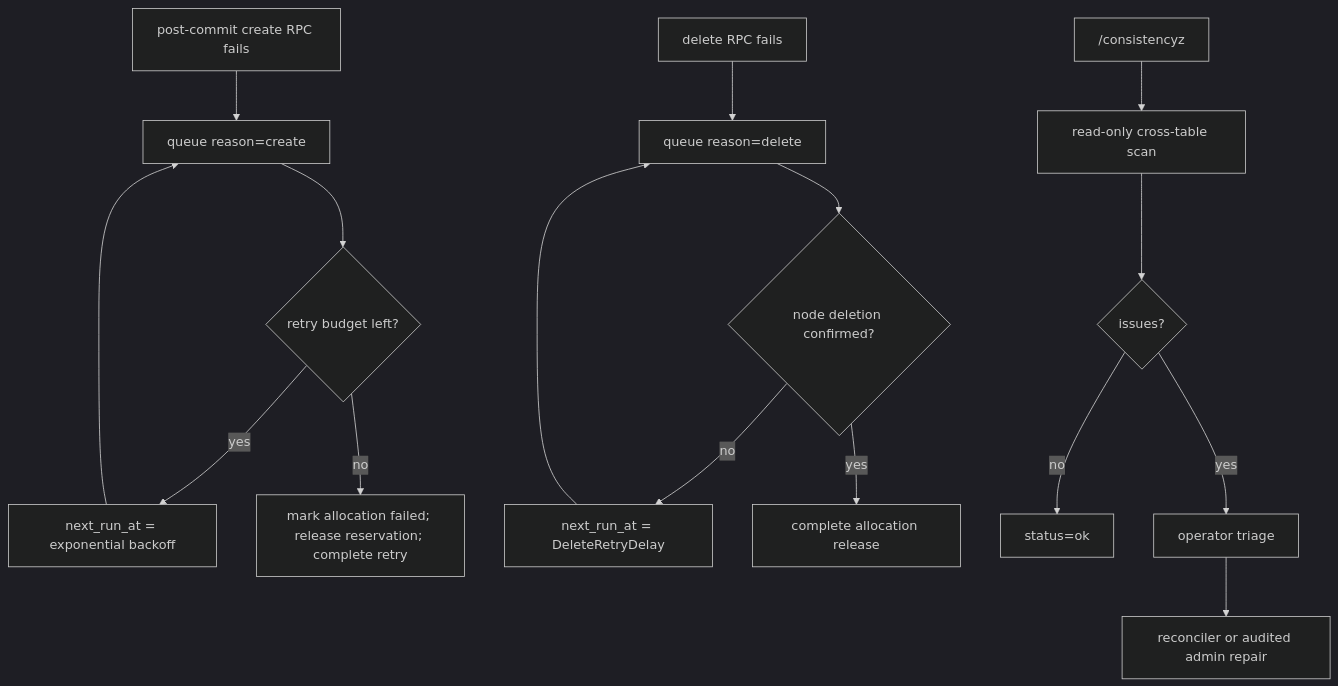
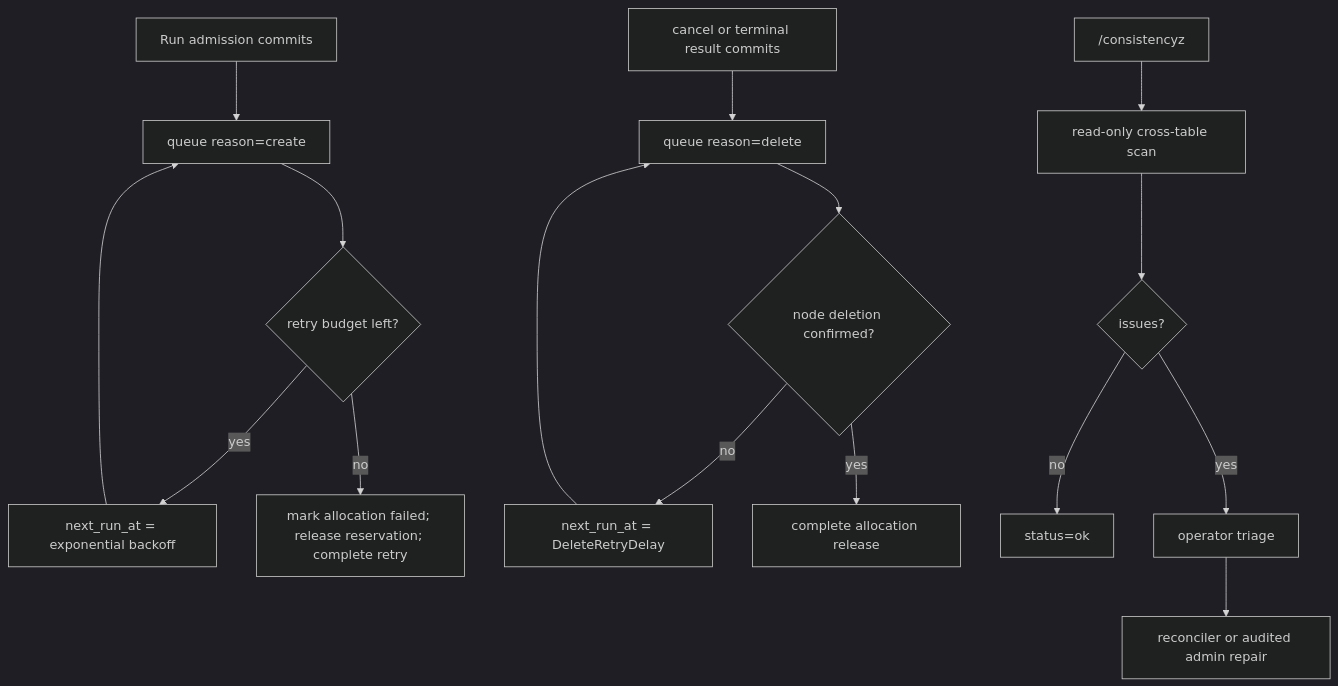
One commit to cofy-x/axern changed the diagram in control/controld/docs/node-placement-and-leases.md. Above: the diagram before and after it, drawn with Mermaid (dark theme). The commit also changed other lines of this file and 24 other files, not shown here.

````diff
--- a/control/controld/docs/node-placement-and-leases.md
+++ b/control/controld/docs/node-placement-and-leases.md
@@ -83,20 +83,20 @@
 ```mermaid
 flowchart TD
-  A["post-commit create RPC fails"] --> B["queue reason=create"]
+  A["Run admission commits"] --> B["queue reason=create"]
   B --> C{"retry budget left?"}
   C -- yes --> D["next_run_at = exponential backoff"]
   D --> B
   C -- no --> E["mark allocation failed; release reservation; complete retry"]
 
-  F["delete RPC fails"] --> G["queue reason=delete"]
+  F["cancel or terminal result commits"] --> G["queue reason=delete"]
   G --> H{"node deletion confirmed?"}
   H -- no --> I["next_run_at = DeleteRetryDelay"]
   I --> G
   H -- yes --> J["complete allocation release"]
 
   K["/consistencyz"] --> L["read-only cross-table scan"]
   L --> M{"issues?"}
   M -- no --> N["status=ok"]
   M -- yes --> O["operator triage"]
   O --> P["reconciler or audited admin repair"]
 ```
````
